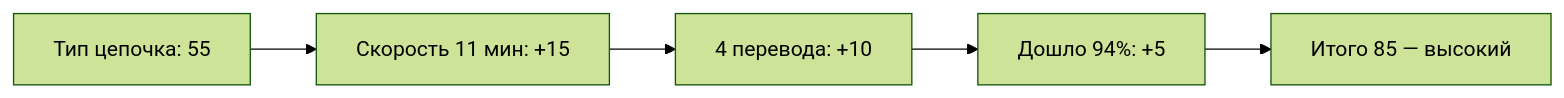
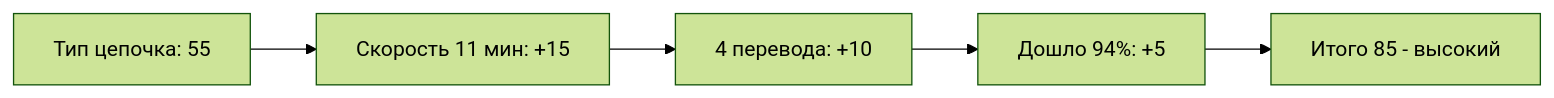
One commit to feytox/shugraph changed the seventh of 9 diagrams in docs/schemes-simple.md. Above: the diagram before and after it, drawn with Mermaid (forest theme). The commit also changed other lines of this file and 2 other files, not shown here.

````diff
--- a/docs/schemes-simple.md
+++ b/docs/schemes-simple.md
@@ -112,4 +112,4 @@
 ```mermaid
 flowchart LR
-    B["Тип цепочка: 55"] --> S["Скорость 11 мин: +15"] --> H["4 перевода: +10"] --> K["Дошло 94%: +5"] --> T["Итого 85 — высокий"]
+    B["Тип цепочка: 55"] --> S["Скорость 11 мин: +15"] --> H["4 перевода: +10"] --> K["Дошло 94%: +5"] --> T["Итого 85 - высокий"]
 ```
````
